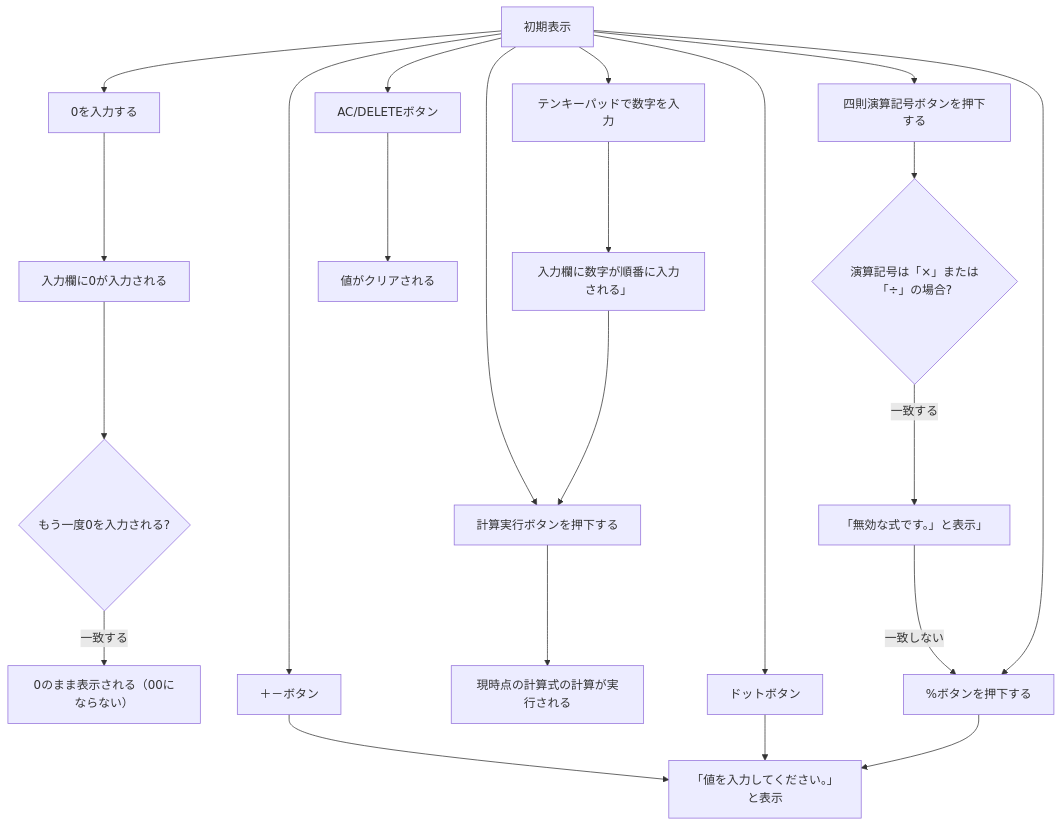
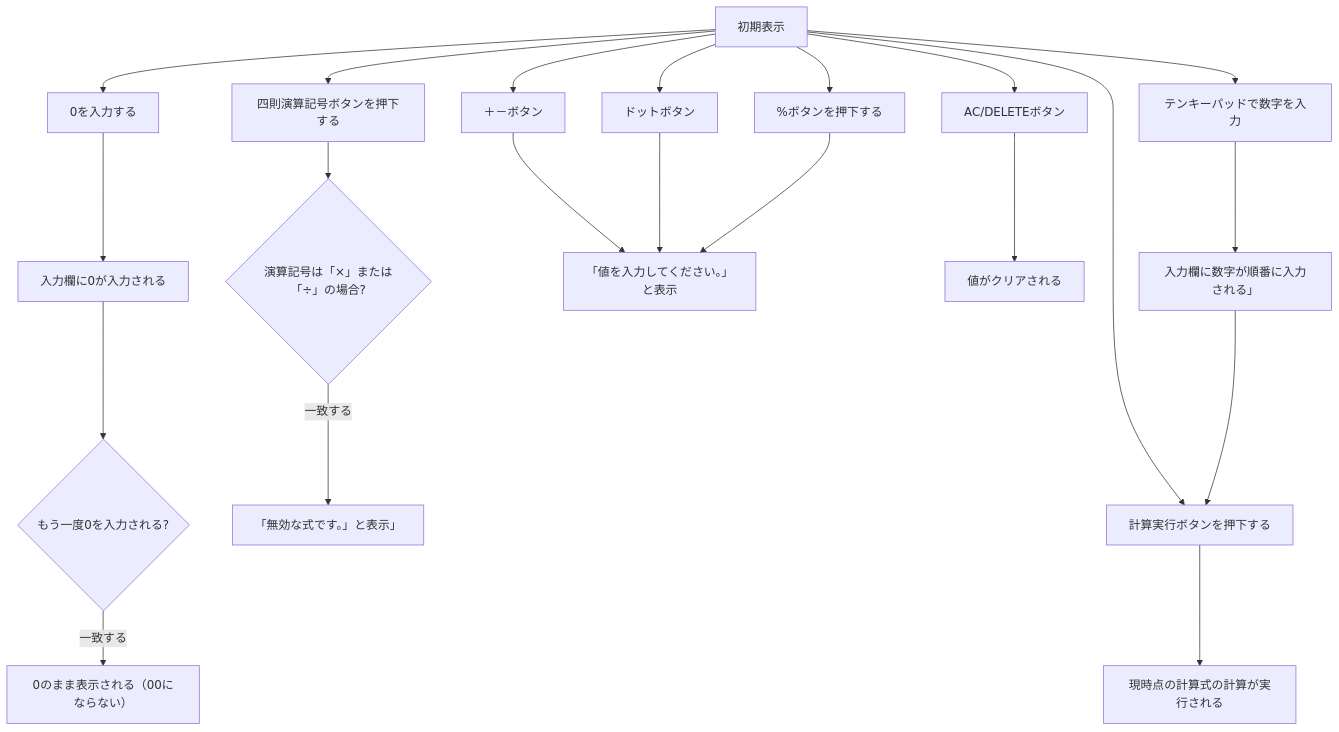
The diagram in 基本設計書.md (N3question/jsp-servlet-calculator), drawn with Mermaid before and after one commit.

````diff
--- a/基本設計書.md
+++ b/基本設計書.md
@@ -68,13 +68,13 @@
 ```mermaid
 flowchart TB
     A[初期表示] --> B[0を入力する] --> C[入力欄に0が入力される] -->
     P{もう一度0を入力される?} -- 一致する --> Q[0のまま表示される（00にならない）]
     A[初期表示] --> D[四則演算記号ボタンを押下する] -->
-    E{演算記号は「×」または「÷」の場合?} -- 一致する --> F[「無効な式です。」と表示」] -- 一致しない --> R[＋」（プラス）または「－」（マイナス）が表示される]
+    E{演算記号は「×」または「÷」の場合?} -- 一致する --> F[「無効な式です。」と表示」]
     A[初期表示] --> G[計算実行ボタンを押下する] --> H[現時点の計算式の計算が実行される]
     A[初期表示] --> I[＋－ボタン] --> J[「値を入力してください。」と表示]
     A[初期表示] --> K[ドットボタン] --> J[「値を入力してください。」と表示]
     A[初期表示] --> R[%ボタンを押下する] --> J[「値を入力してください。」と表示]
     A[初期表示] --> L[AC/DELETEボタン] --> O[値がクリアされる]
     A[初期表示] --> N[テンキーパッドで数字を入力] --> M[入力欄に数字が順番に入力される」] --> G[計算実行ボタンを押下する]
 ```
````
